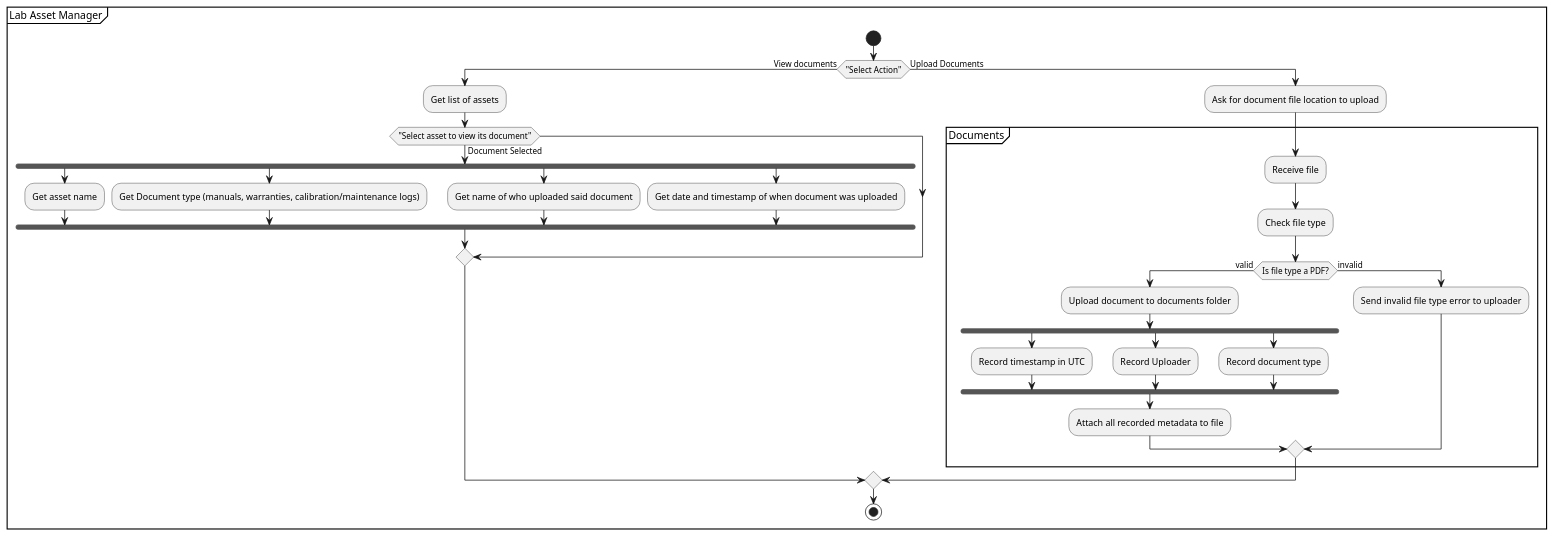
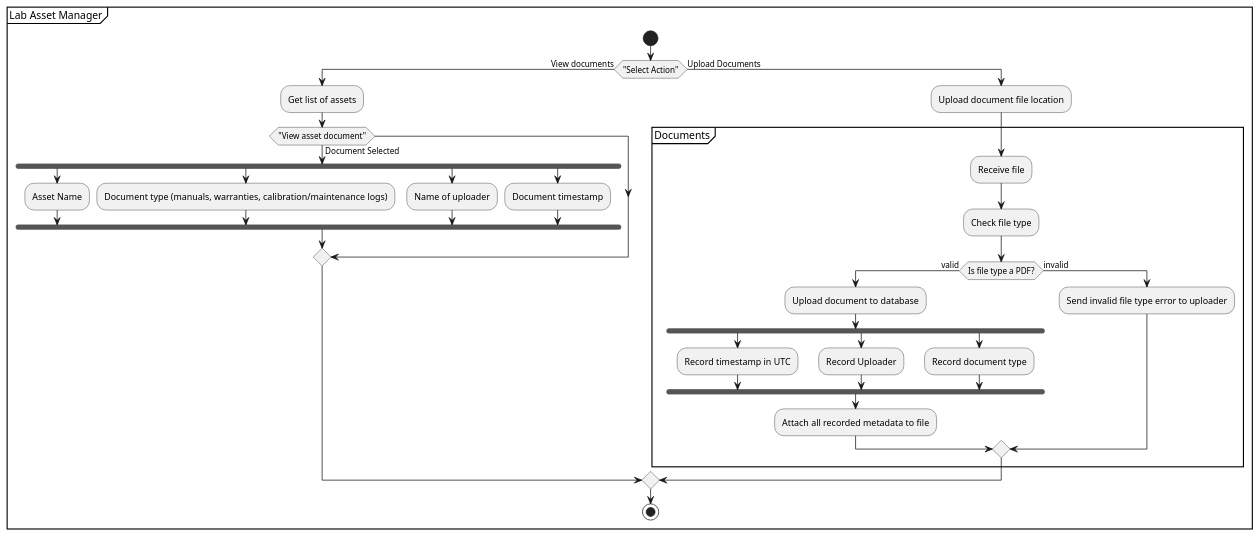
The diagram in design/activity_diagrams/AD-17 Attachments and Asset documents.puml (Farzaanw/Lab-Asset-Management-System), drawn with PlantUML before and after one commit.

Commit message:
updated code to fix things

```diff
--- a/design/activity_diagrams/AD-17 Attachments and Asset documents.puml
+++ b/design/activity_diagrams/AD-17 Attachments and Asset documents.puml
@@ -1,39 +1,40 @@
 @startuml
 partition Lab Asset Manager{
     start
     if ("Select Action") then (View documents)
         :Get list of assets;
-        if ("Select asset to view its document") then (Document Selected)
+        if ("View asset document") then (Document Selected)
         fork
-            :Get asset name;
+            :Asset Name;
         fork again
-            :Get Document type (manuals, warranties, calibration/maintenance logs);
+            :Document type (manuals, warranties, calibration/maintenance logs);
         fork again
-            :Get name of who uploaded said document;
+            :Name of uploader;
         fork again
-            :Get date and timestamp of when document was uploaded;
+            :Document timestamp;
         end fork
         endif
     else (Upload Documents)
-        :Ask for document file location to upload;
+        :Upload document file location;
         partition Documents{
             :Receive file;
             :Check file type;
             if (Is file type a PDF?) then (valid)
-                :Upload document to documents folder;
+                :Upload document to database;
                 fork
                     :Record timestamp in UTC;
                 fork again
                     :Record Uploader;
                 fork again
                     :Record document type;
                 end fork
                 :Attach all recorded metadata to file;
             else (invalid)
                 :Send invalid file type error to uploader;
             endif
         }
     endif
 stop
 }
+
 @enduml
```
